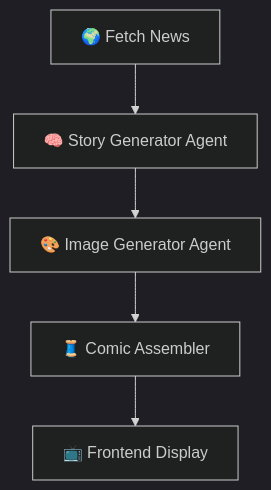
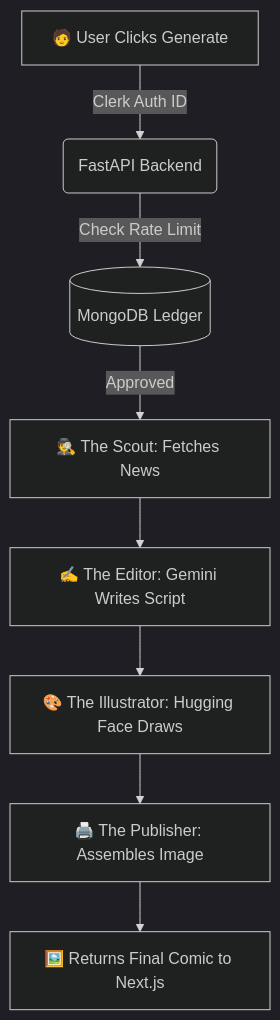
The diagram in README.MD (Dumbsham/daily-satire-factory), drawn with Mermaid (dark theme) before and after one commit. The commit also changed other lines of this file, not shown here.

````diff
--- a/README.MD
+++ b/README.MD
@@ -107,7 +59,10 @@
 ```mermaid
 graph TD;
-    A[🌍 Fetch News] --> B[🧠 Story Generator Agent]
-    B --> C[🎨 Image Generator Agent]
-    C --> D[🧵 Comic Assembler]
-    D --> E[📺 Frontend Display]
+    A[🧑 User Clicks Generate] -->|Clerk Auth ID| B(FastAPI Backend)
+    B -->|Check Rate Limit| C[(MongoDB Ledger)]
+    C -->|Approved| D[🕵️ The Scout: Fetches News]
+    D --> E[✍️ The Editor: Gemini Writes Script]
+    E --> F[🎨 The Illustrator: Hugging Face Draws]
+    F --> G[🖨️ The Publisher: Assembles Image]
+    G --> H[🖼️ Returns Final Comic to Next.js]
 ```
````
